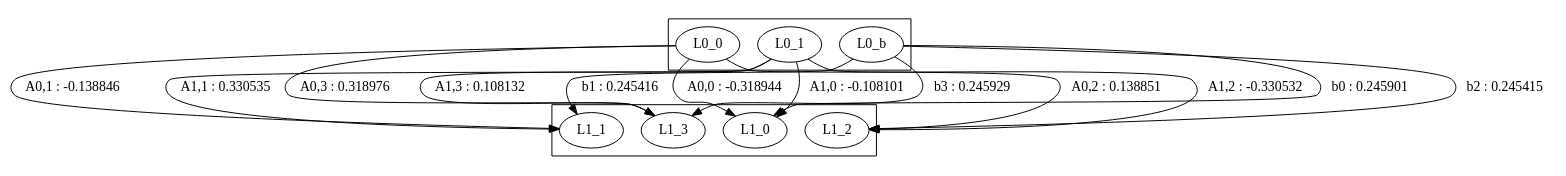
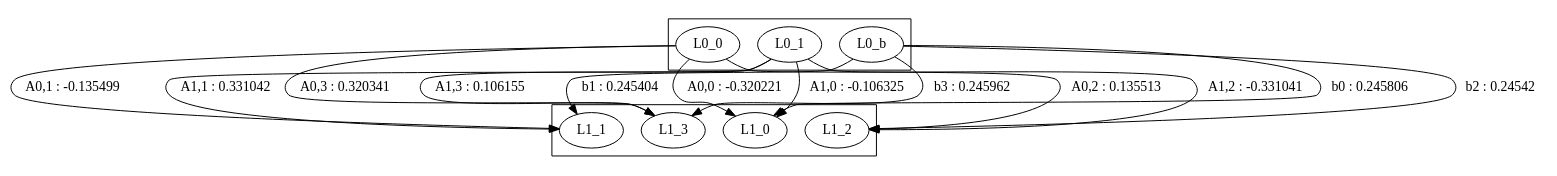
One commit to alex6792/ImageProcessingLib changed the diagram in test.dot. Above: the diagram before and after it, drawn with Graphviz. The commit also changed 88 other files, not shown here.

```diff
--- a/test.dot
+++ b/test.dot
@@ -1,25 +1,25 @@
 digraph G {
 	subgraph cluster_0 {
 		L0_0;
 		L0_1;
 		L0_b;
 	}
 	subgraph cluster_1 {
 		L1_0;
 		L1_1;
 		L1_2;
 		L1_3;
 	}
-	L0_0->L1_0 [label = "A0,0 : -0.318944" ];
-	L0_1->L1_0 [label = "A1,0 : -0.108101" ];
-	L0_b->L1_0 [label = "b0 : 0.245901" ];
-	L0_0->L1_1 [label = "A0,1 : -0.138846" ];
-	L0_1->L1_1 [label = "A1,1 : 0.330535" ];
-	L0_b->L1_1 [label = "b1 : 0.245416" ];
-	L0_0->L1_2 [label = "A0,2 : 0.138851" ];
-	L0_1->L1_2 [label = "A1,2 : -0.330532" ];
-	L0_b->L1_2 [label = "b2 : 0.245415" ];
-	L0_0->L1_3 [label = "A0,3 : 0.318976" ];
-	L0_1->L1_3 [label = "A1,3 : 0.108132" ];
-	L0_b->L1_3 [label = "b3 : 0.245929" ];
+	L0_0->L1_0 [label = "A0,0 : -0.320221" ];
+	L0_1->L1_0 [label = "A1,0 : -0.106325" ];
+	L0_b->L1_0 [label = "b0 : 0.245806" ];
+	L0_0->L1_1 [label = "A0,1 : -0.135499" ];
+	L0_1->L1_1 [label = "A1,1 : 0.331042" ];
+	L0_b->L1_1 [label = "b1 : 0.245404" ];
+	L0_0->L1_2 [label = "A0,2 : 0.135513" ];
+	L0_1->L1_2 [label = "A1,2 : -0.331041" ];
+	L0_b->L1_2 [label = "b2 : 0.24542" ];
+	L0_0->L1_3 [label = "A0,3 : 0.320341" ];
+	L0_1->L1_3 [label = "A1,3 : 0.106155" ];
+	L0_b->L1_3 [label = "b3 : 0.245962" ];
 }
```
